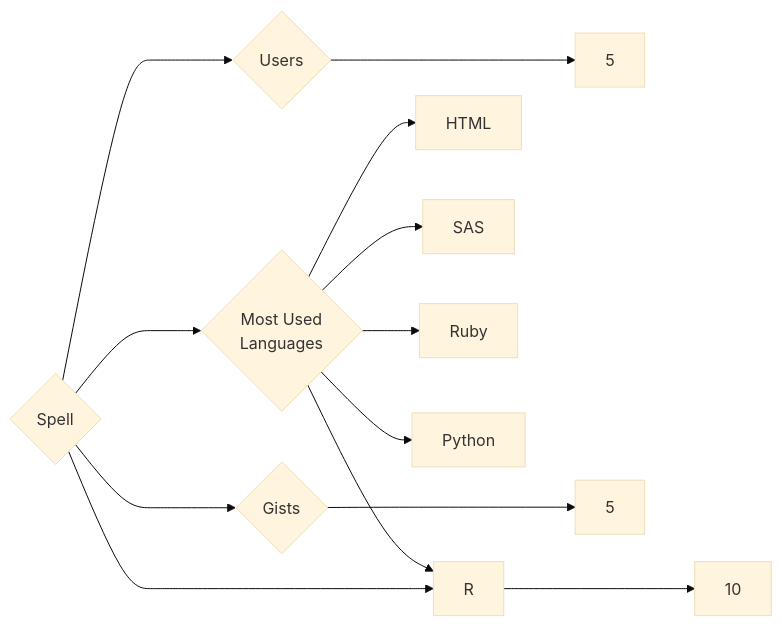
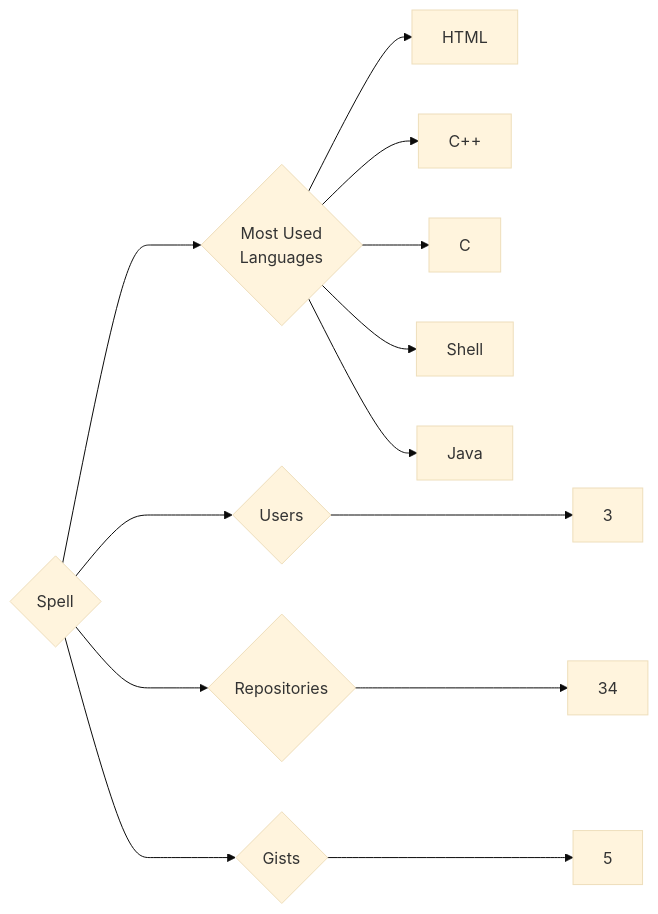
The diagram in targets/Spell/README.md (trickest/insiders), drawn with Mermaid (base theme) before and after one commit. The commit also changed 948 other files, not shown here.

````diff
--- a/targets/Spell/README.md
+++ b/targets/Spell/README.md
@@ -3,13 +3,13 @@
 ```mermaid
 graph LR
 COMPANY_NAME{Spell}
-COMPANY_NAME ---> U{Users} ---> UN[5]
-COMPANY_NAME ---> R{Repositories} ---> RN[10]
+COMPANY_NAME ---> U{Users} ---> UN[3]
+COMPANY_NAME ---> R{Repositories} ---> RN[34]
 COMPANY_NAME ---> G{Gists} ---> GN[5]
 COMPANY_NAME ---> ML{Most Used<br>Languages}
 ML --> HTML[HTML]
-ML --> R[R]
-ML --> SAS[SAS]
-ML --> Ruby[Ruby]
-ML --> Python[Python]
+ML --> C++[C++]
+ML --> C[C]
+ML --> Shell[Shell]
+ML --> Java[Java]
 ```
````
